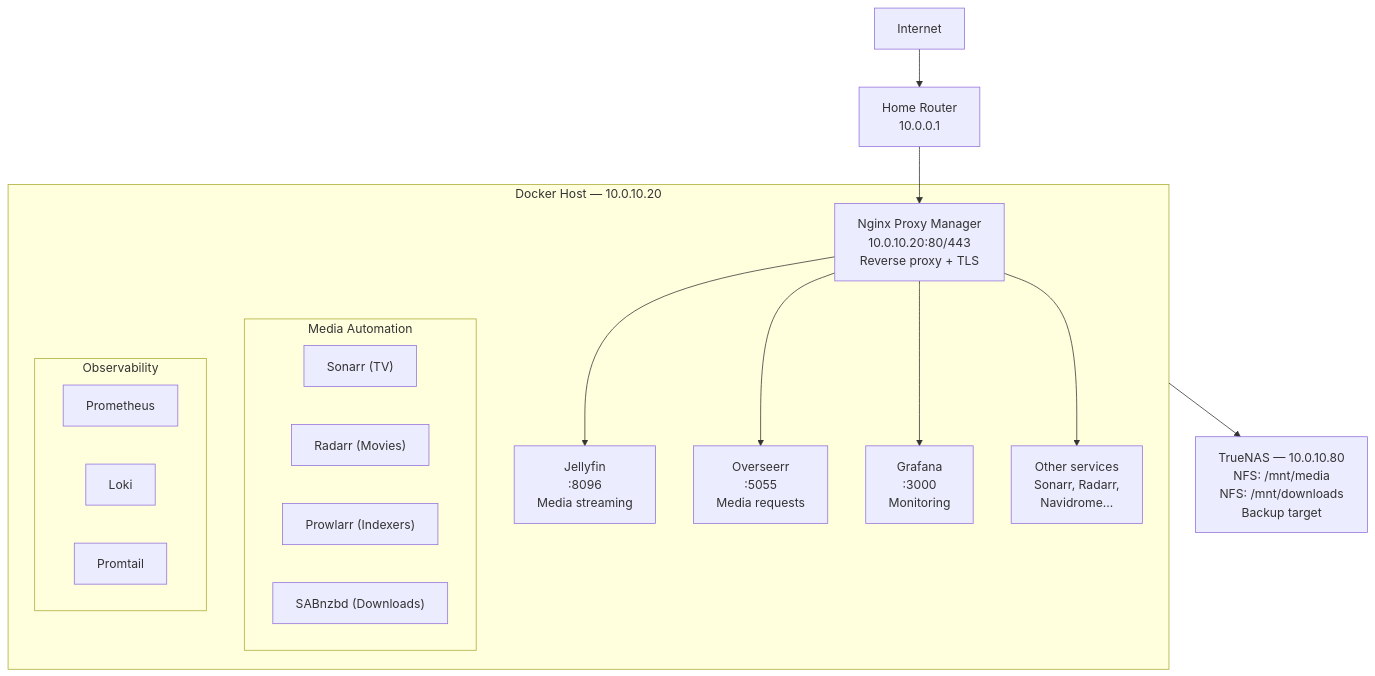
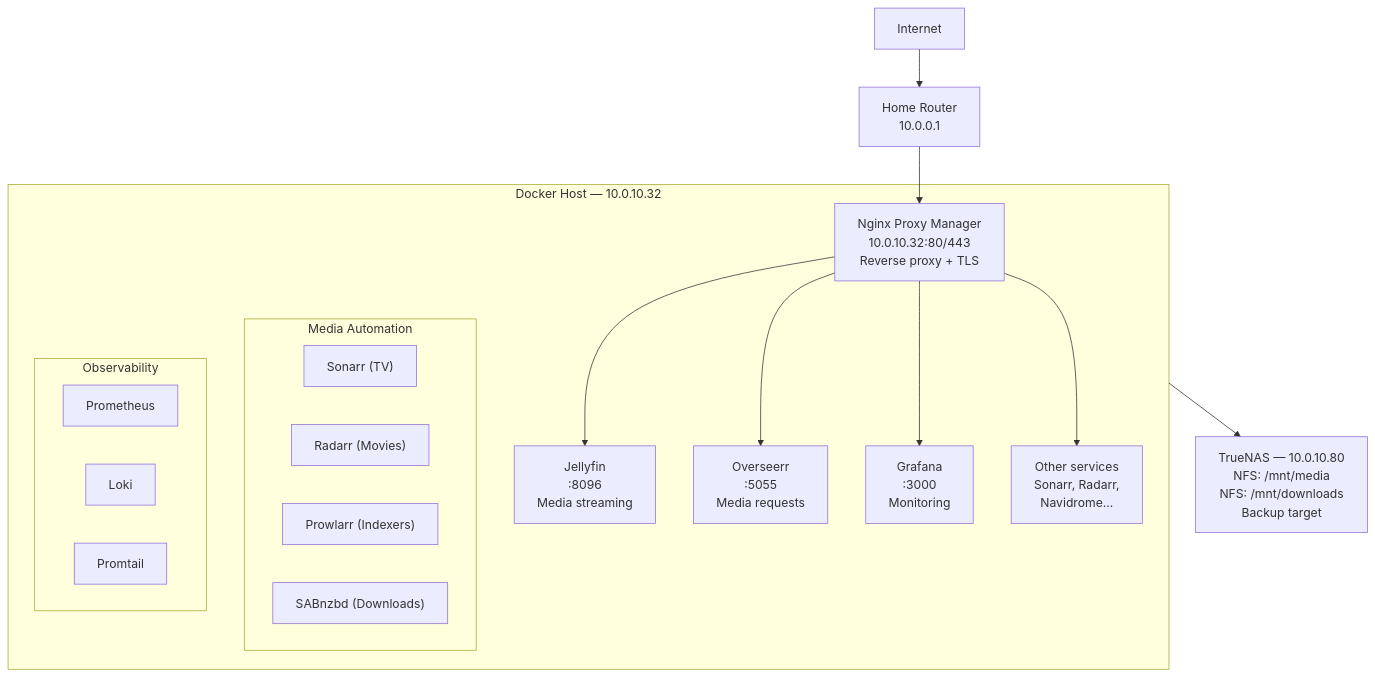
Before and after one commit to Kagiso-me/homelab-infrastructure: the first of 2 diagrams in docker/HOMELAB_HANDBOOK.md, drawn with Mermaid. The commit also changed other lines of this file and 45 other files, not shown here.

First line of the commit message:
Add ADR-005 for self-hosted GitHub Actions runners and create roadmap HTML

````diff
--- a/docker/HOMELAB_HANDBOOK.md
+++ b/docker/HOMELAB_HANDBOOK.md
@@ -31,30 +31,30 @@
 ```mermaid
 graph TD
     Internet["Internet"] --> Router["Home Router\n10.0.0.1"]
-    Router --> NPM["Nginx Proxy Manager\n10.0.10.20:80/443\nReverse proxy + TLS"]
+    Router --> NPM["Nginx Proxy Manager\n10.0.10.32:80/443\nReverse proxy + TLS"]
     NPM --> Jellyfin["Jellyfin\n:8096\nMedia streaming"]
     NPM --> Overseerr["Overseerr\n:5055\nMedia requests"]
     NPM --> Grafana["Grafana\n:3000\nMonitoring"]
     NPM --> Other["Other services\nSonarr, Radarr,\nNavidrome..."]
 
-    subgraph DockerHost["Docker Host — 10.0.10.20"]
+    subgraph DockerHost["Docker Host — 10.0.10.32"]
         NPM
         Jellyfin
         Overseerr
         Grafana
         Other
         subgraph MediaPipeline["Media Automation"]
             Sonarr["Sonarr (TV)"]
             Radarr["Radarr (Movies)"]
             Prowlarr["Prowlarr (Indexers)"]
             SABnzbd["SABnzbd (Downloads)"]
         end
         subgraph Observability["Observability"]
             Prometheus["Prometheus"]
             Loki["Loki"]
             Promtail["Promtail"]
         end
     end
 
     DockerHost --> TrueNAS["TrueNAS — 10.0.10.80\nNFS: /mnt/media\nNFS: /mnt/downloads\nBackup target"]
 ```
````
